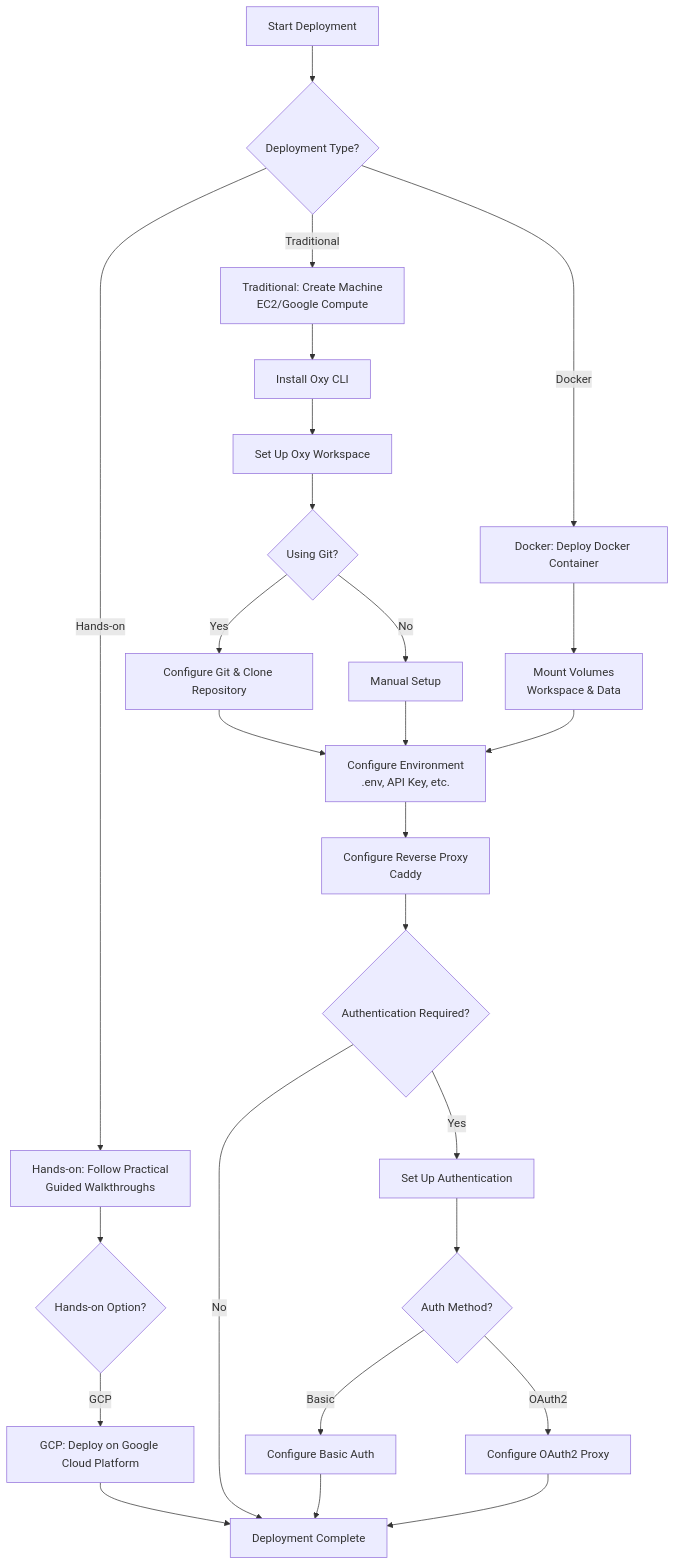
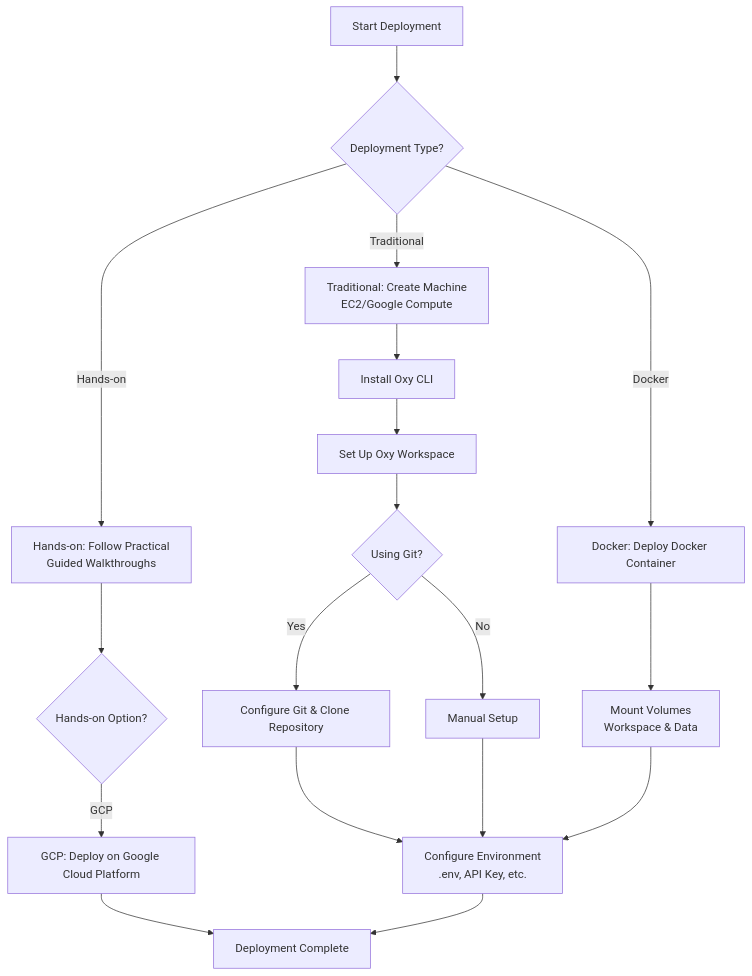
The first of 2 diagrams in docs/deployment/overview.mdx (oxy-hq/oxy), drawn with Mermaid before and after one commit. The commit also changed other lines of this file and 20 other files, not shown here.

Commit message:
docs: add reference architecture and improve authentication documentation (#897)

````diff
--- a/docs/deployment/overview.mdx
+++ b/docs/deployment/overview.mdx
@@ -30,41 +30,30 @@
 ```mermaid
 flowchart TD
   Start[Start Deployment]
   Choice{Deployment Type?}
   Traditional[Traditional: Create Machine\nEC2/Google Compute]
   Docker[Docker: Deploy Docker Container]
   HandsOn[Hands-on: Follow Practical\nGuided Walkthroughs]
   HandsOnOptions{Hands-on Option?}
   GCP[GCP: Deploy on Google Cloud Platform]
   Install[Install Oxy CLI]
   Workspace[Set Up Oxy Workspace]
   GitChoice{Using Git?}
   Git[Configure Git & Clone Repository]
   Manual[Manual Setup]
   Env[Configure Environment\n.env, API Key, etc.]
   Volumes[Mount Volumes\nWorkspace & Data]
-  Proxy[Configure Reverse Proxy\nCaddy]
-  AuthChoice{Authentication Required?}
-  Auth[Set Up Authentication]
-  AuthMethod{Auth Method?}
-  Basic[Configure Basic Auth]
-  OAuth2[Configure OAuth2 Proxy]
   Done[Deployment Complete]
 
   Start --> Choice
   Choice -->|Traditional| Traditional
   Choice -->|Docker| Docker
   Choice -->|Hands-on| HandsOn
   HandsOn --> HandsOnOptions
   HandsOnOptions -->|GCP| GCP --> Done
   Traditional --> Install --> Workspace --> GitChoice
   GitChoice -->|Yes| Git --> Env
   GitChoice -->|No| Manual --> Env
   Docker --> Volumes --> Env
-  Env --> Proxy
-  Proxy --> AuthChoice
-  AuthChoice -->|Yes| Auth --> AuthMethod
-  AuthChoice -->|No| Done
-  AuthMethod -->|Basic| Basic --> Done
-  AuthMethod -->|OAuth2| OAuth2 --> Done
+  Env --> Done
 ```
````
